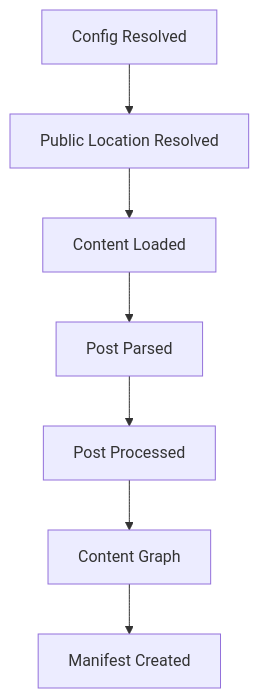
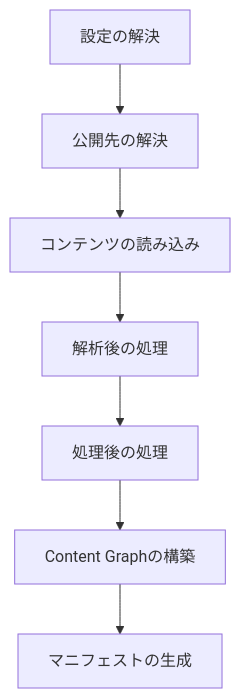
The third of 11 diagrams in docs/docs/reference/plugin-api.ja.md (Rerurate514/riebeckite), drawn with Mermaid before and after one commit. The commit also changed other lines of this file and 310 other files, not shown here.

````diff
--- a/docs/docs/reference/plugin-api.ja.md
+++ b/docs/docs/reference/plugin-api.ja.md
@@ -268,17 +227,17 @@
 ```mermaid
 flowchart TD
-    Config["Config Resolved"]
-    Loaded["Content Loaded"]
-    Location["Public Location Resolved"]
-    Parsed["Post Parsed"]
-    Processed["Post Processed"]
-    Graph["Content Graph"]
-    Manifest["Manifest Created"]
+    Config["設定の解決"]
+    Loaded["コンテンツの読み込み"]
+    Location["公開先の解決"]
+    Parsed["解析後の処理"]
+    Processed["処理後の処理"]
+    Graph["Content Graphの構築"]
+    Manifest["マニフェストの生成"]
 
     Config --> Location
     Location --> Loaded
     Loaded --> Parsed
     Parsed --> Processed
     Processed --> Graph
     Graph --> Manifest
 ```
````
